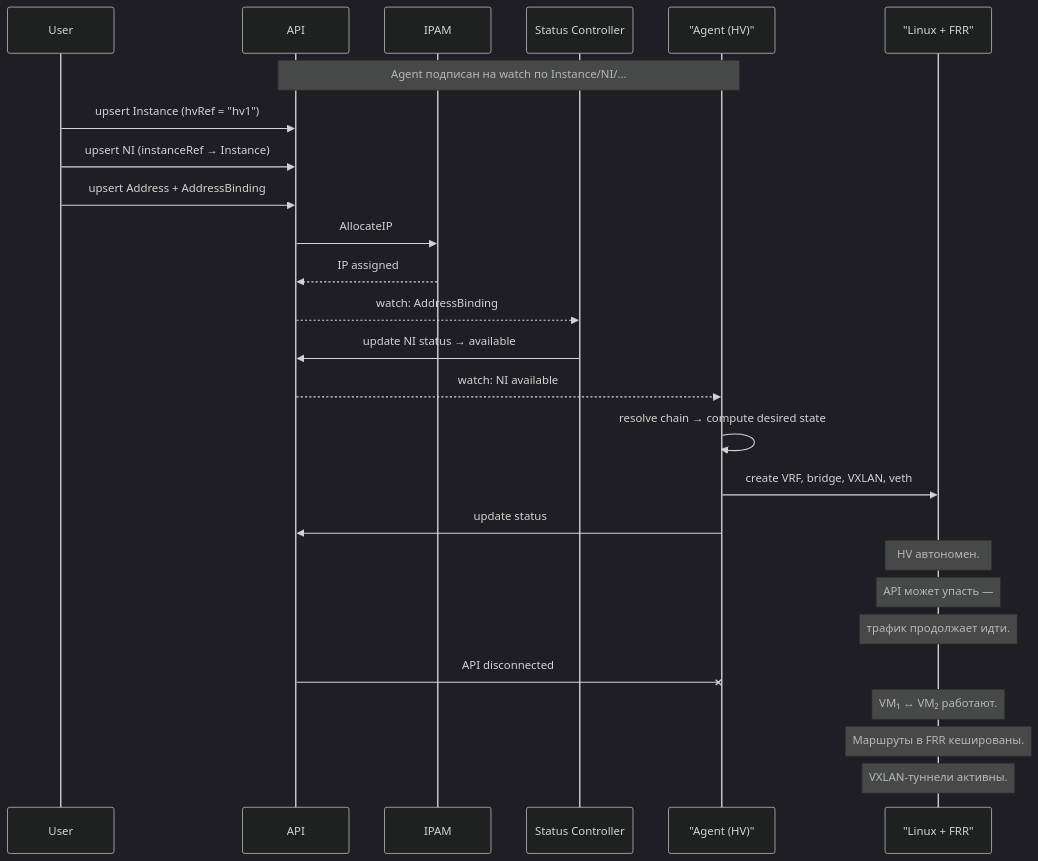
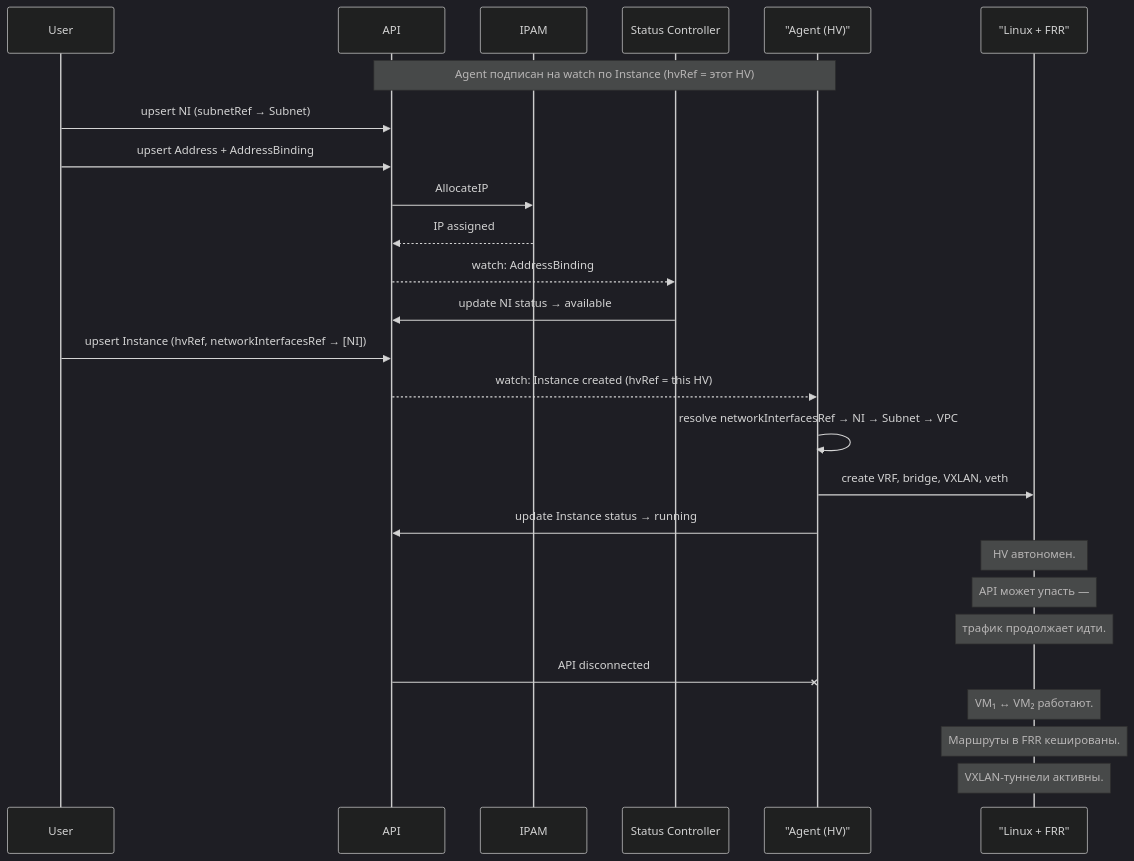
Before and after one commit to PRO-Robotech/in-cloud-vpc: the fourth of 8 diagrams in ARCHITECTURE.md, drawn with Mermaid (dark theme). The commit also changed other lines of this file and 52 other files, not shown here.

````diff
--- a/ARCHITECTURE.md
+++ b/ARCHITECTURE.md
@@ -497,33 +497,33 @@
 ```mermaid
 sequenceDiagram
     participant User
     participant API
     participant IPAM
     participant StatusCtrl as Status Controller
     participant Agent as "Agent (HV)"
     participant Kernel as "Linux + FRR"
 
-    Note over Agent,API: Agent подписан на watch по Instance/NI/...
+    Note over Agent,API: Agent подписан на watch по Instance (hvRef = этот HV)
 
-    User->>API: upsert Instance (hvRef = "hv1")
-    User->>API: upsert NI (instanceRef → Instance)
+    User->>API: upsert NI (subnetRef → Subnet)
     User->>API: upsert Address + AddressBinding
     API->>IPAM: AllocateIP
     IPAM-->>API: IP assigned
     API-->>StatusCtrl: watch: AddressBinding
     StatusCtrl->>API: update NI status → available
 
-    API-->>Agent: watch: NI available
-    Agent->>Agent: resolve chain → compute desired state
+    User->>API: upsert Instance (hvRef, networkInterfacesRef → [NI])
+    API-->>Agent: watch: Instance created (hvRef = this HV)
+    Agent->>Agent: resolve networkInterfacesRef → NI → Subnet → VPC
     Agent->>Kernel: create VRF, bridge, VXLAN, veth
-    Agent->>API: update status
+    Agent->>API: update Instance status → running
 
     Note over Kernel: HV автономен.
     Note over Kernel: API может упасть —
     Note over Kernel: трафик продолжает идти.
 
     API-xAgent: API disconnected
     Note over Kernel: VM₁ ↔ VM₂ работают.
     Note over Kernel: Маршруты в FRR кешированы.
     Note over Kernel: VXLAN-туннели активны.
 ```
````
